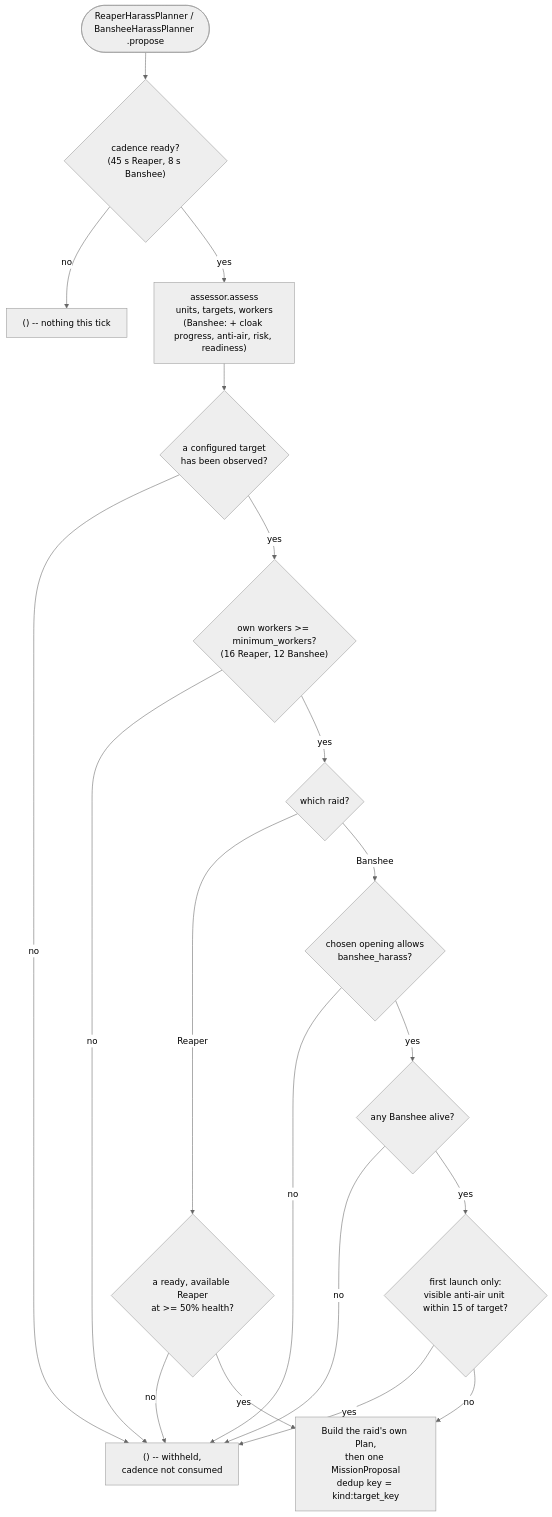
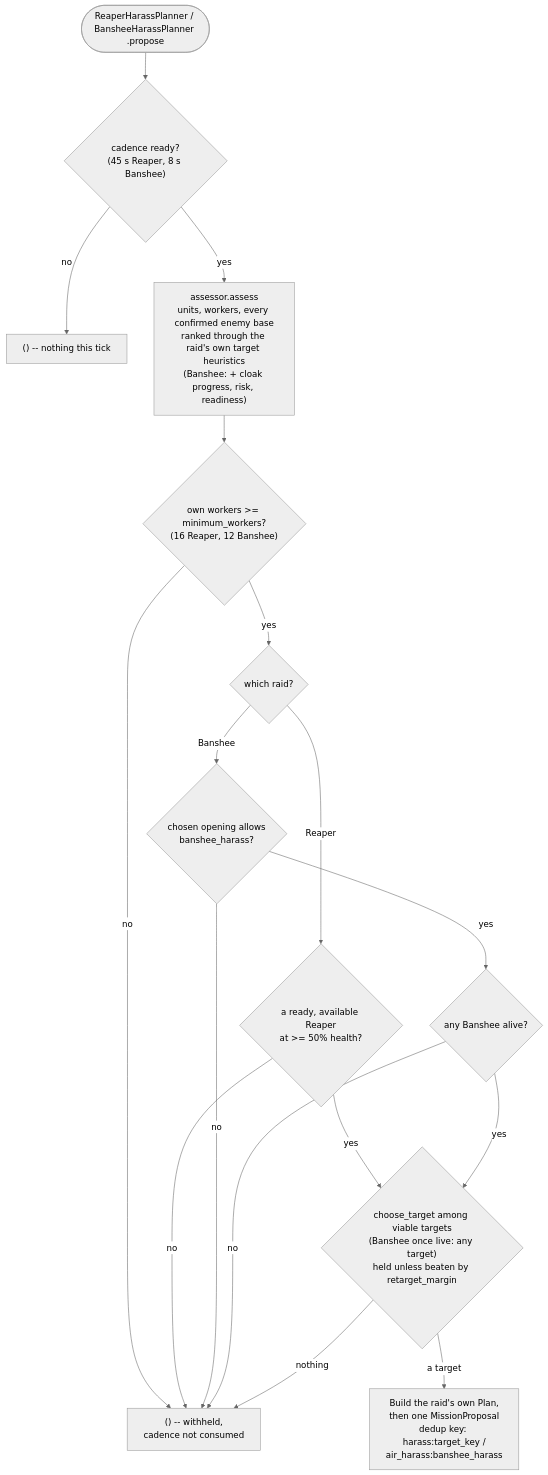
Before and after one commit to LeonardoSilvestrin/sc2bot: the second of 3 diagrams in _botdev/architecture/harass-and-defense-planners.md, drawn with Mermaid (neutral theme). The commit also changed other lines of this file and 42 other files, not shown here.

````diff
--- a/_botdev/architecture/harass-and-defense-planners.md
+++ b/_botdev/architecture/harass-and-defense-planners.md
@@ -122,21 +122,19 @@
 ```mermaid
 flowchart TD
     Propose(["ReaperHarassPlanner / BansheeHarassPlanner .propose"]) --> Cadence{"cadence ready?\n(45 s Reaper, 8 s Banshee)"}
     Cadence -->|no| Skip["() -- nothing this tick"]
-    Cadence -->|yes| Assess["assessor.assess\nunits, targets, workers\n(Banshee: + cloak progress, anti-air, risk, readiness)"]
-    Assess --> Loc{"a configured target\nhas been observed?"}
-    Loc -->|no| Withhold["() -- withheld,\ncadence not consumed"]
-    Loc -->|yes| Workers{"own workers >= minimum_workers?\n(16 Reaper, 12 Banshee)"}
-    Workers -->|no| Withhold
+    Cadence -->|yes| Assess["assessor.assess\nunits, workers, every confirmed enemy base\nranked through the raid's own target heuristics\n(Banshee: + cloak progress, risk, readiness)"]
+    Assess --> Workers{"own workers >= minimum_workers?\n(16 Reaper, 12 Banshee)"}
+    Workers -->|no| Withhold["() -- withheld,\ncadence not consumed"]
     Workers -->|yes| Kind{"which raid?"}
     Kind -->|Reaper| Spare{"a ready, available Reaper\nat >= 50% health?"}
     Spare -->|no| Withhold
-    Spare -->|yes| Plan["Build the raid's own Plan,\nthen one MissionProposal\ndedup key = kind:target_key"]
+    Spare -->|yes| Choose{"choose_target among viable targets\n(Banshee once live: any target)\nheld unless beaten by retarget_margin"}
     Kind -->|Banshee| Intent{"chosen opening allows\nbanshee_harass?"}
     Intent -->|no| Withhold
     Intent -->|yes| Alive{"any Banshee alive?"}
     Alive -->|no| Withhold
-    Alive -->|yes| Safe{"first launch only:\nvisible anti-air unit within 15 of target?"}
-    Safe -->|yes| Withhold
-    Safe -->|no| Plan
+    Alive -->|yes| Choose
+    Choose -->|nothing| Withhold
+    Choose -->|a target| Plan["Build the raid's own Plan,\nthen one MissionProposal\ndedup key: harass:target_key /\nair_harass:banshee_harass"]
 ```
````
